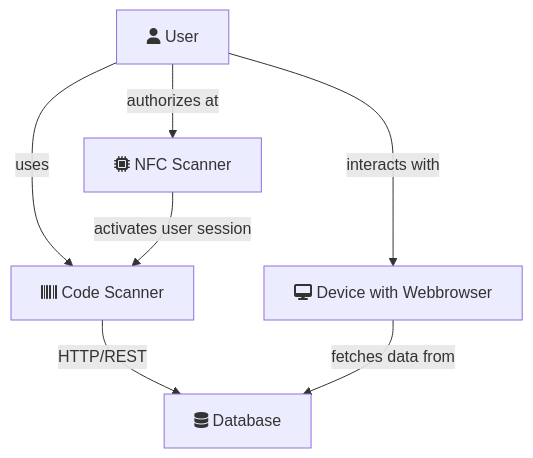
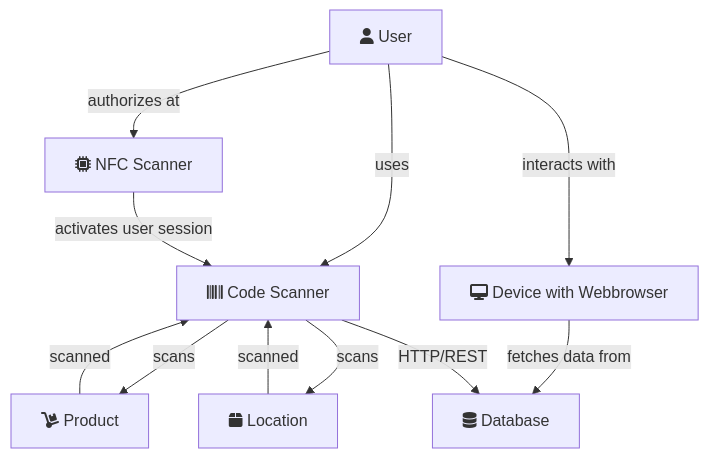
One commit to nikcani/io-terminal changed the diagram in README.md. Above: the diagram before and after it, drawn with Mermaid.

Commit message:
update architecture

````diff
--- a/README.md
+++ b/README.md
@@ -11,14 +11,20 @@
 ```mermaid
 graph TD;
 A[fa:fa-database Database];
 B[fa:fa-barcode Code Scanner];
 C[fa:fa-user User];
 D[fa:fa-desktop Device with Webbrowser];
 E[fa:fa-microchip NFC Scanner];
-B-->|HTTP/REST|A;
+F[fa:fa-dolly Product]
+G[fa:fa-box Location]
 D-->|fetches data from|A;
 C-->|uses|B;
 C-->|interacts with|D;
 C-->|authorizes at|E;
 E-->|activates user session|B;
+B-->|scans|F;
+F-->|scanned|B;
+B-->|scans|G;
+G-->|scanned|B;
+B-->|HTTP/REST|A;
 ```
````
